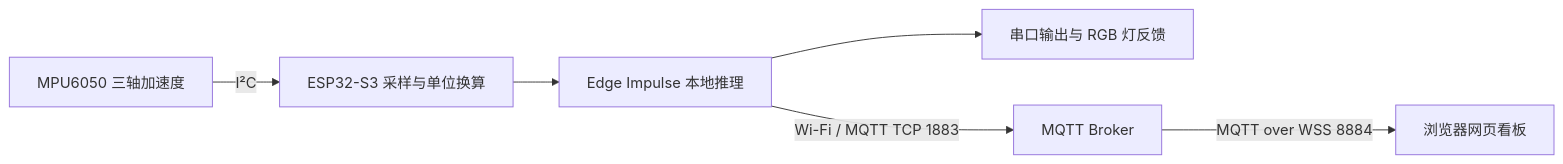
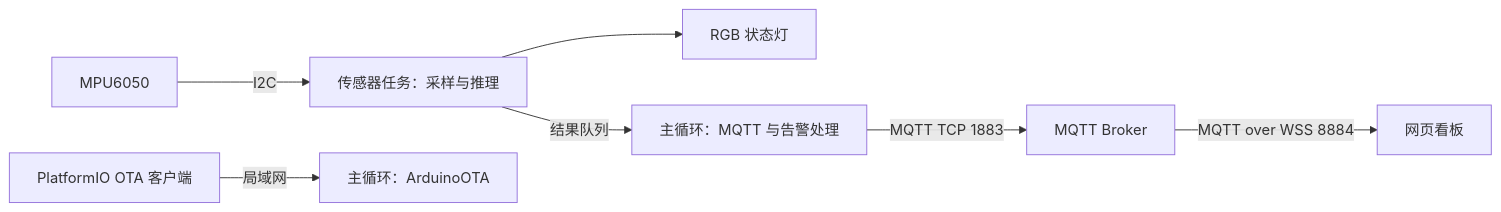
The diagram in README.md (wht-001/esp32s3-tinyml-gesture), drawn with Mermaid before and after one commit. The commit also changed other lines of this file and 32 other files, not shown here.

````diff
--- a/README.md
+++ b/README.md
@@ -22,8 +22,9 @@
 ```mermaid
 flowchart LR
-    A[MPU6050 三轴加速度] -->|I²C| B[ESP32-S3 采样与单位换算]
-    B --> C[Edge Impulse 本地推理]
-    C --> D[串口输出与 RGB 灯反馈]
-    C -->|Wi-Fi / MQTT TCP 1883| E[MQTT Broker]
-    E -->|MQTT over WSS 8884| F[浏览器网页看板]
+    A[MPU6050] -->|I2C| B[传感器任务：采样与推理]
+    B --> C[RGB 状态灯]
+    B -->|结果队列| D[主循环：MQTT 与告警处理]
+    D -->|MQTT TCP 1883| E[MQTT Broker]
+    E -->|MQTT over WSS 8884| F[网页看板]
+    G[PlatformIO OTA 客户端] -->|局域网| H[主循环：ArduinoOTA]
 ```
````
